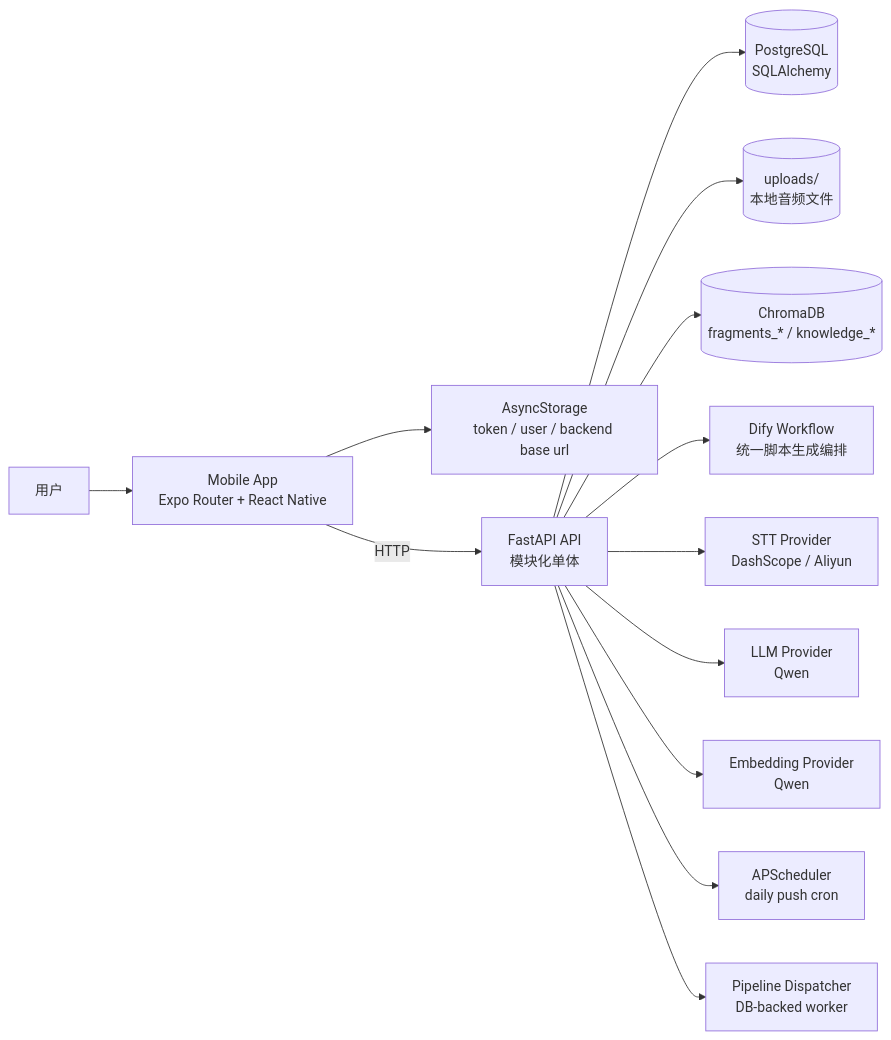
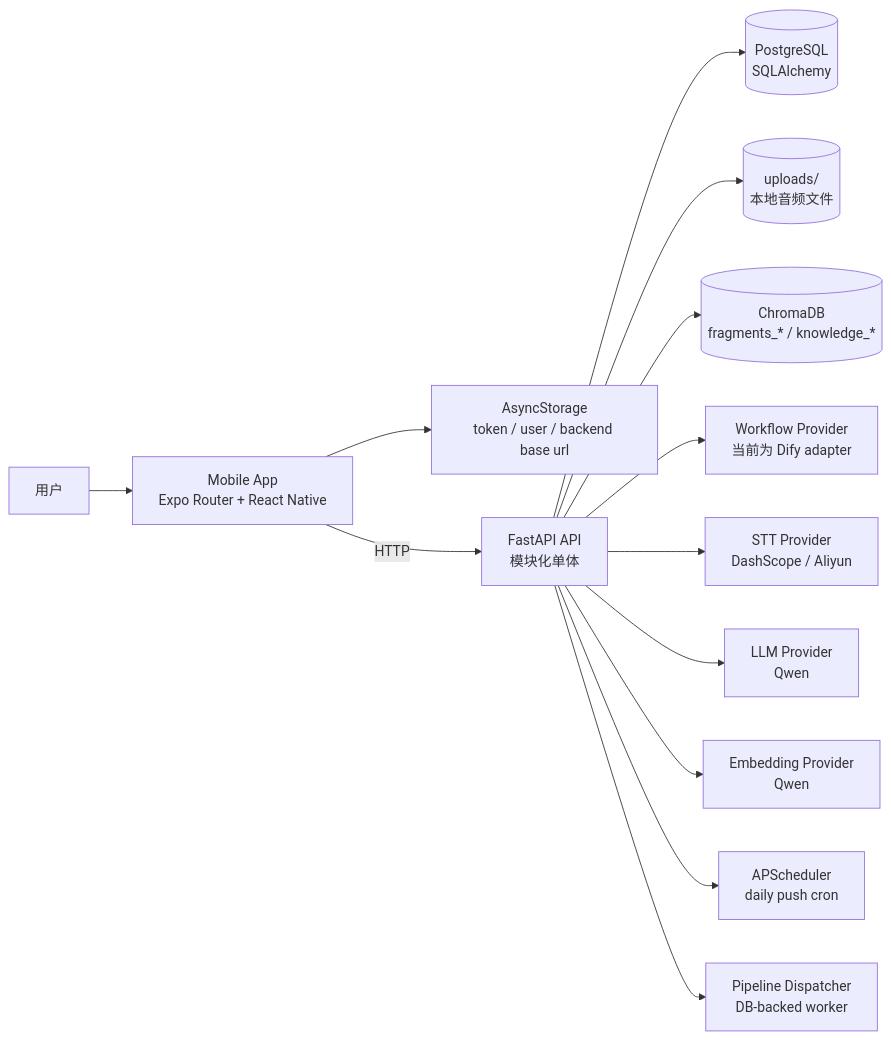
The first of 9 diagrams in memory-bank/architecture.md (YCZA2/SparkFlow), drawn with Mermaid before and after one commit. The commit also changed other lines of this file and 15 other files, not shown here.

Commit message:
抽象外挂工作流 provider 并下沉 Dify 适配器

````diff
--- a/memory-bank/architecture.md
+++ b/memory-bank/architecture.md
@@ -9,29 +9,29 @@
 ```mermaid
 flowchart LR
     U["用户"]
     M["Mobile App<br/>Expo Router + React Native"]
     S["AsyncStorage<br/>token / user / backend base url"]
     API["FastAPI API<br/>模块化单体"]
     DB[("PostgreSQL<br/>SQLAlchemy")]
     FS[("uploads/<user_id><br/>本地音频文件")]
     CHROMA[("ChromaDB<br/>fragments_* / knowledge_*")]
-    DIFY["Dify Workflow<br/>统一脚本生成编排"]
+    WFP["Workflow Provider<br/>当前为 Dify adapter"]
     STT["STT Provider<br/>DashScope / Aliyun"]
     LLM["LLM Provider<br/>Qwen"]
     EMB["Embedding Provider<br/>Qwen"]
     SCH["APScheduler<br/>daily push cron"]
     PIPE["Pipeline Dispatcher<br/>DB-backed worker"]
 
     U --> M
     M --> S
     M -->|HTTP| API
     API --> DB
     API --> FS
     API --> CHROMA
-    API --> DIFY
+    API --> WFP
     API --> STT
     API --> LLM
     API --> EMB
     API --> SCH
     API --> PIPE
 ```
````
